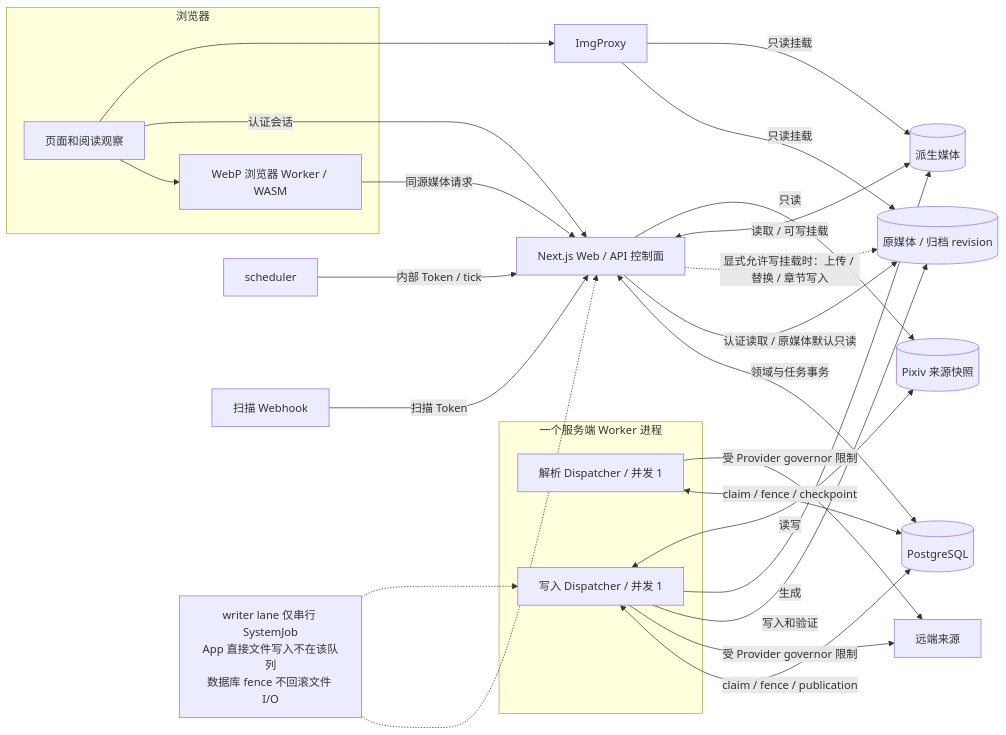
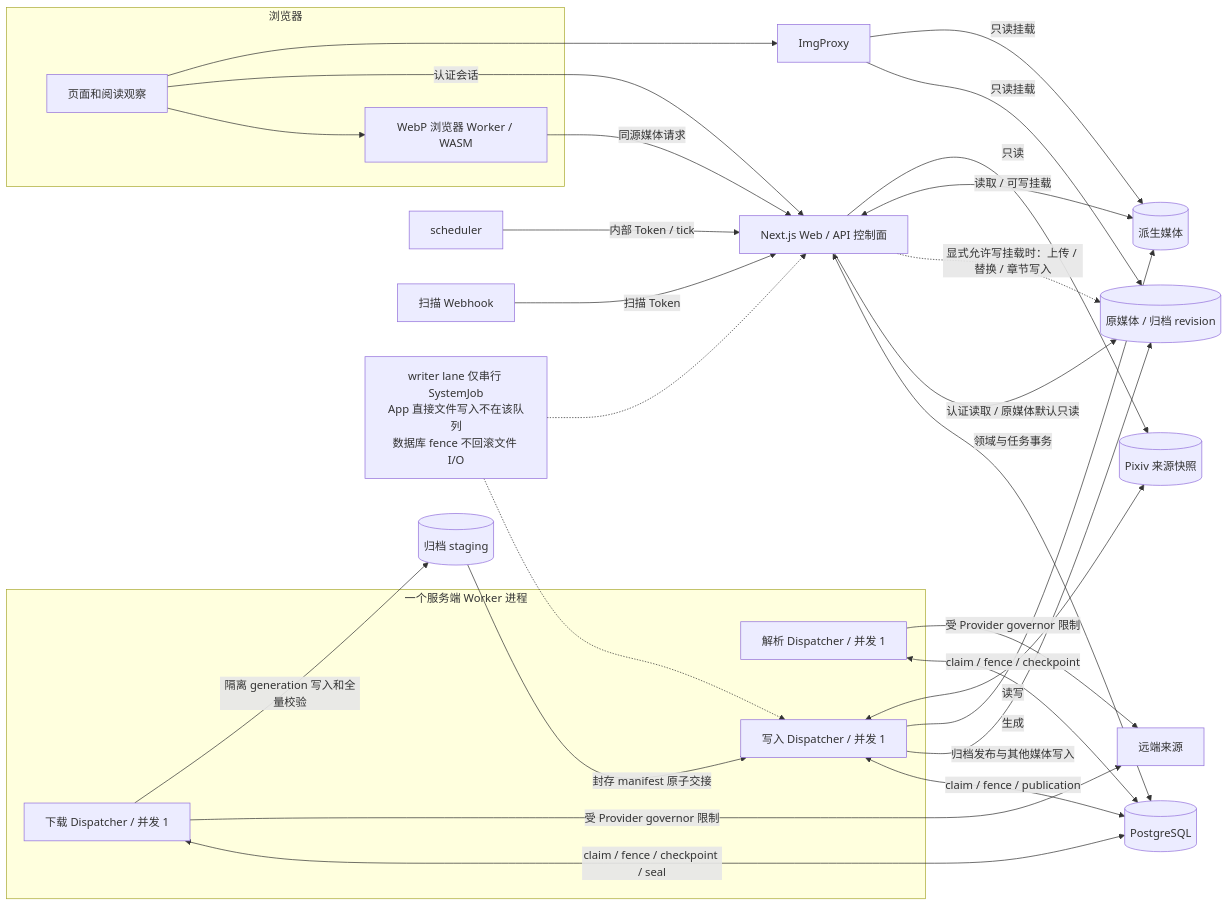
The diagram in docs/diagrams/architecture/system-components.mmd (namehu/PixiShelf), drawn with Mermaid before and after one commit. The commit also changed 113 other files, not shown here.

```diff
--- a/docs/diagrams/architecture/system-components.mmd
+++ b/docs/diagrams/architecture/system-components.mmd
@@ -1,32 +1,36 @@
 flowchart LR
   subgraph Client[浏览器]
     UI[页面和阅读观察]
     Decode[WebP 浏览器 Worker / WASM]
     UI --> Decode
   end
   Scheduler[scheduler] -->|内部 Token / tick| App
   Hook[扫描 Webhook] -->|扫描 Token| App
   App[Next.js Web / API 控制面] <-->|领域与任务事务| DB[(PostgreSQL)]
   UI -->|认证会话| App
   subgraph Backend[一个服务端 Worker 进程]
     Resolve[解析 Dispatcher / 并发 1]
+    Download[下载 Dispatcher / 并发 1]
     Writer[写入 Dispatcher / 并发 1]
   end
   Resolve <-->|claim / fence / checkpoint| DB
+  Download <-->|claim / fence / checkpoint / seal| DB
   Writer <-->|claim / fence / publication| DB
   Resolve -->|受 Provider governor 限制| Remote[远端来源]
-  Writer -->|受 Provider governor 限制| Remote
-  Writer -->|写入和验证| Media[(原媒体 / 归档 revision)]
+  Download -->|受 Provider governor 限制| Remote
+  Download -->|隔离 generation 写入和全量校验| Staging[(归档 staging)]
+  Staging -->|封存 manifest 原子交接| Writer
+  Writer -->|归档发布与其他媒体写入| Media[(原媒体 / 归档 revision)]
   Writer -->|生成| Derived[(派生媒体)]
   Writer <-->|读写| Snapshot[(Pixiv 来源快照)]
   App -->|认证读取 / 原媒体默认只读| Media
   App -.->|显式允许写挂载时：上传 / 替换 / 章节写入| Media
   App <-->|读取 / 可写挂载| Derived
   App -->|只读| Snapshot
   FileBoundary[writer lane 仅串行 SystemJob<br/>App 直接文件写入不在该队列<br/>数据库 fence 不回滚文件 I/O]
   FileBoundary -.-> App
   FileBoundary -.-> Writer
   UI --> Img[ImgProxy]
   Img -->|只读挂载| Media
   Img -->|只读挂载| Derived
   Decode -->|同源媒体请求| App
```
